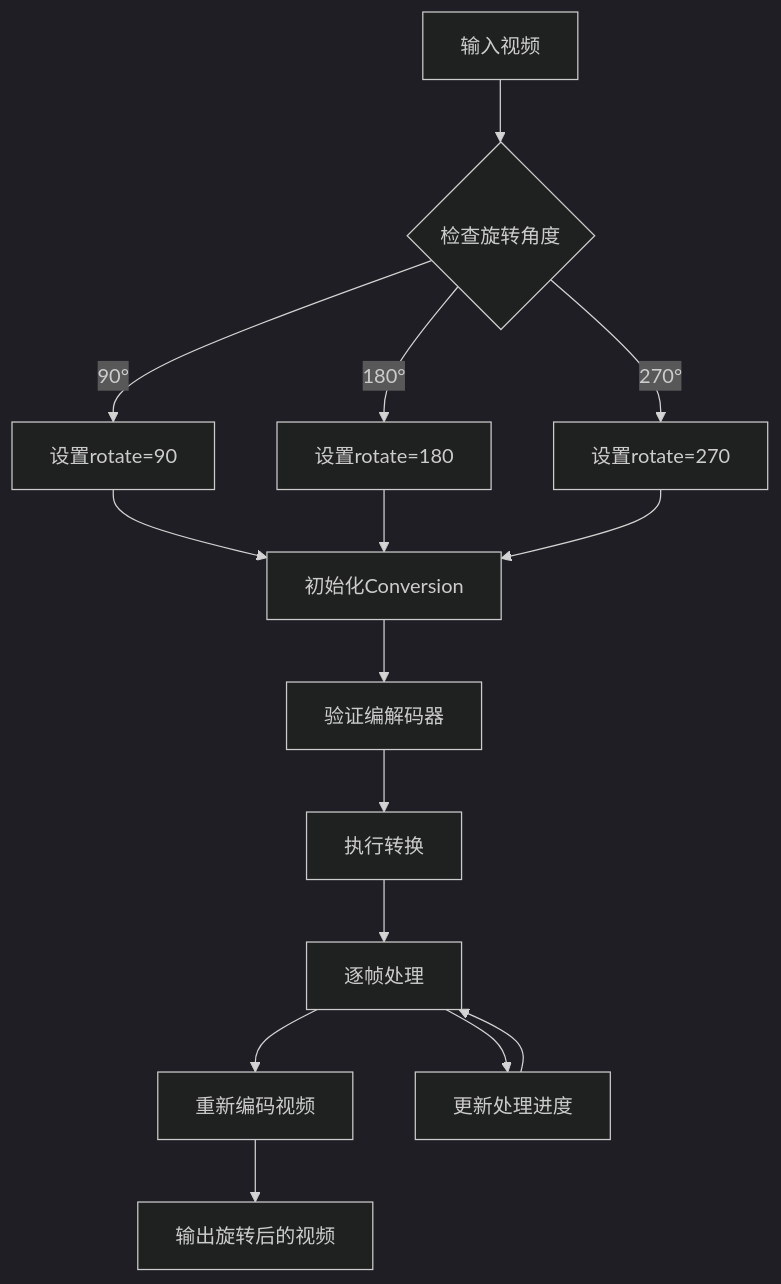
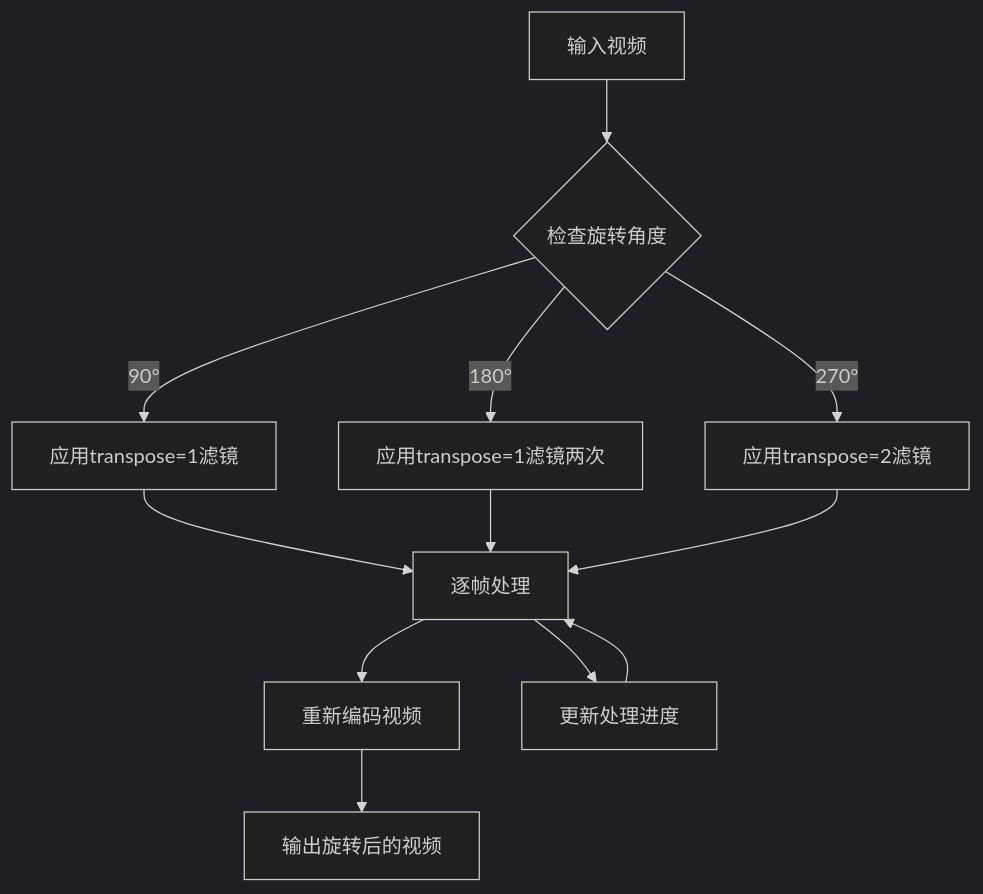
One commit to sgyy/privadeck changed the fifth of 9 diagrams in .qoder/repowiki/zh/content/视频工具/视频旋转工具.md. Above: the diagram before and after it, drawn with Mermaid (dark theme). The commit also changed other lines of this file and 23 other files, not shown here.

````diff
--- a/.qoder/repowiki/zh/content/视频工具/视频旋转工具.md
+++ b/.qoder/repowiki/zh/content/视频工具/视频旋转工具.md
@@ -268,17 +238,14 @@
 ```mermaid
 flowchart TD
 InputVideo[输入视频] --> CheckAngle{"检查旋转角度"}
-CheckAngle --> |90°| Rotate90["设置rotate=90"]
-CheckAngle --> |180°| Rotate180["设置rotate=180"]
-CheckAngle --> |270°| Rotate270["设置rotate=270"]
-Rotate90 --> InitConversion["初始化Conversion"]
-Rotate180 --> InitConversion
-Rotate270 --> InitConversion
-InitConversion --> ValidateTracks["验证编解码器"]
-ValidateTracks --> Execute["执行转换"]
-Execute --> ProcessFrame["逐帧处理"]
+CheckAngle --> |90°| Transpose1["应用transpose=1滤镜"]
+CheckAngle --> |180°| Transpose2["应用transpose=1滤镜两次"]
+CheckAngle --> |270°| Transpose3["应用transpose=2滤镜"]
+Transpose1 --> ProcessFrame["逐帧处理"]
+Transpose2 --> ProcessFrame
+Transpose3 --> ProcessFrame
 ProcessFrame --> Reencode["重新编码视频"]
 Reencode --> OutputVideo[输出旋转后的视频]
 ProcessFrame --> UpdateProgress["更新处理进度"]
 UpdateProgress --> ProcessFrame
 ```
````
